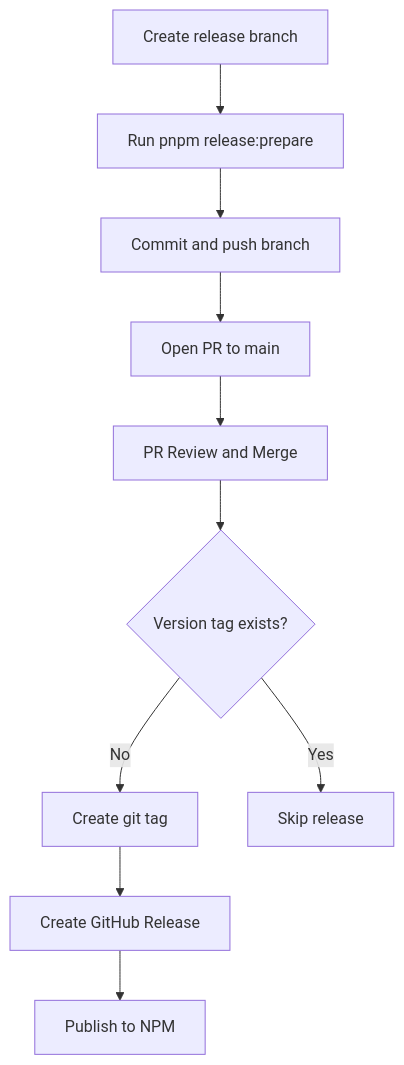
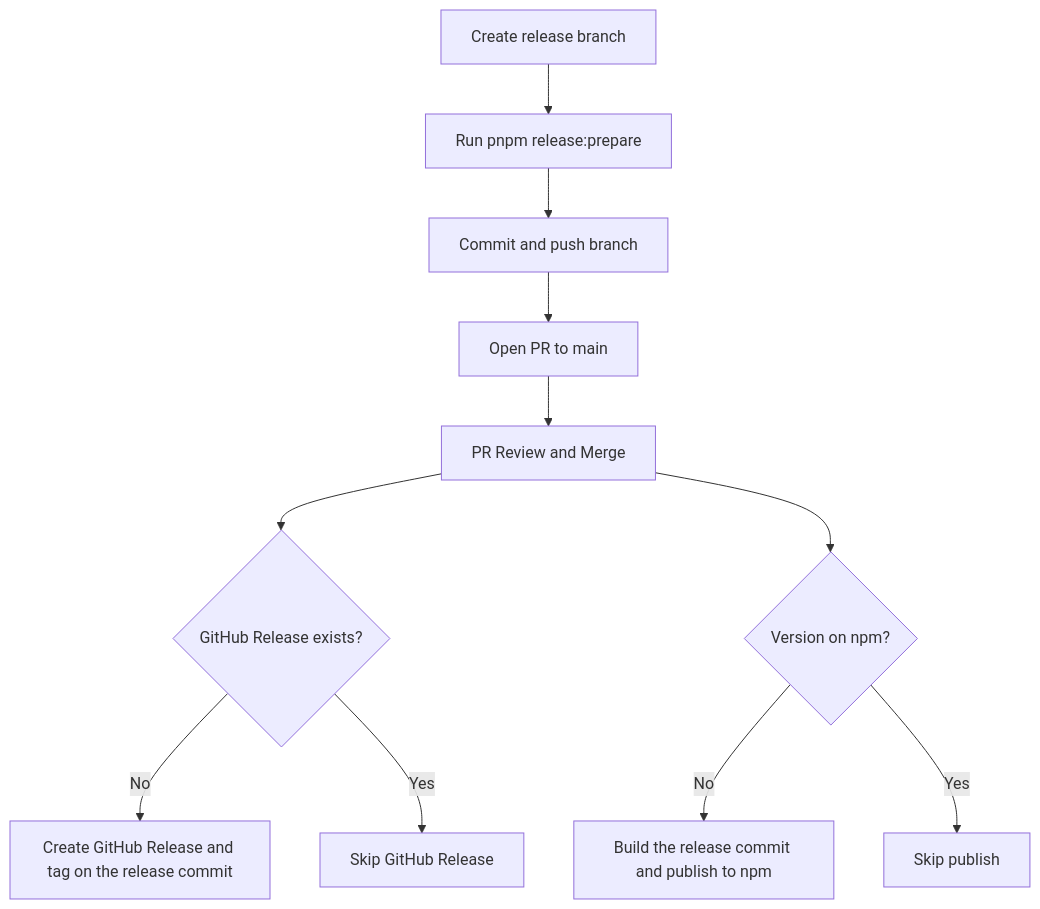
One commit to stackbuilders/nuxt-utm changed the diagram in docs/RELEASING.md. Above: the diagram before and after it, drawn with Mermaid. The commit also changed other lines of this file and 2 other files, not shown here.

First line of the commit message:
ci: publish to npm through trusted publishing (#216)

````diff
--- a/docs/RELEASING.md
+++ b/docs/RELEASING.md
@@ -9,12 +9,13 @@
 ```mermaid
 flowchart TD
     A[Create release branch] --> B[Run pnpm release:prepare]
     B --> C[Commit and push branch]
     C --> D[Open PR to main]
     D --> E[PR Review and Merge]
-    E --> F{Version tag exists?}
-    F -->|No| G[Create git tag]
-    G --> H[Create GitHub Release]
-    H --> I[Publish to NPM]
-    F -->|Yes| J[Skip release]
+    E --> F{GitHub Release exists?}
+    F -->|No| G[Create GitHub Release and tag on the release commit]
+    F -->|Yes| H[Skip GitHub Release]
+    E --> I{Version on npm?}
+    I -->|No| J[Build the release commit and publish to npm]
+    I -->|Yes| K[Skip publish]
 ```
````
